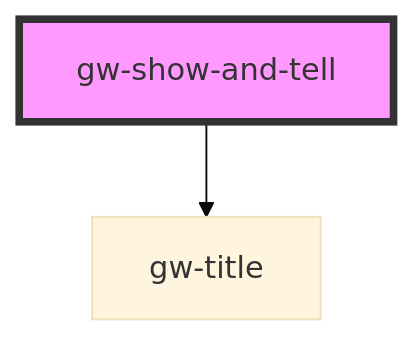
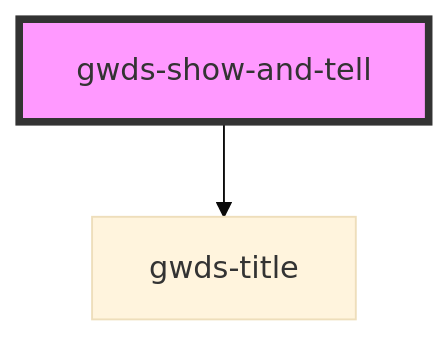
The diagram in src/components/gwds-show-and-tell/readme.md (bsastregx/gwds-stenciljs), drawn with Mermaid (base theme) before and after one commit. The commit also changed other lines of this file and 6 other files, not shown here.

````diff
--- a/src/components/gwds-show-and-tell/readme.md
+++ b/src/components/gwds-show-and-tell/readme.md
@@ -30,5 +30,5 @@
 ```mermaid
 graph TD;
-  gw-show-and-tell --> gw-title
-  style gw-show-and-tell fill:#f9f,stroke:#333,stroke-width:4px
+  gwds-show-and-tell --> gwds-title
+  style gwds-show-and-tell fill:#f9f,stroke:#333,stroke-width:4px
 ```
````
